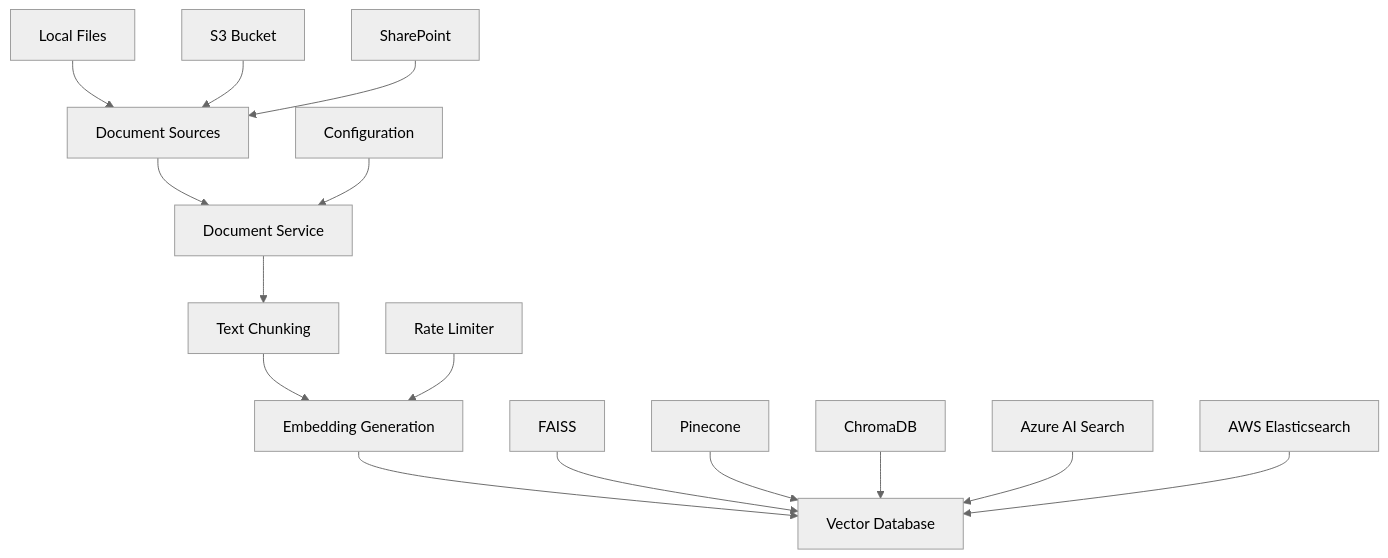
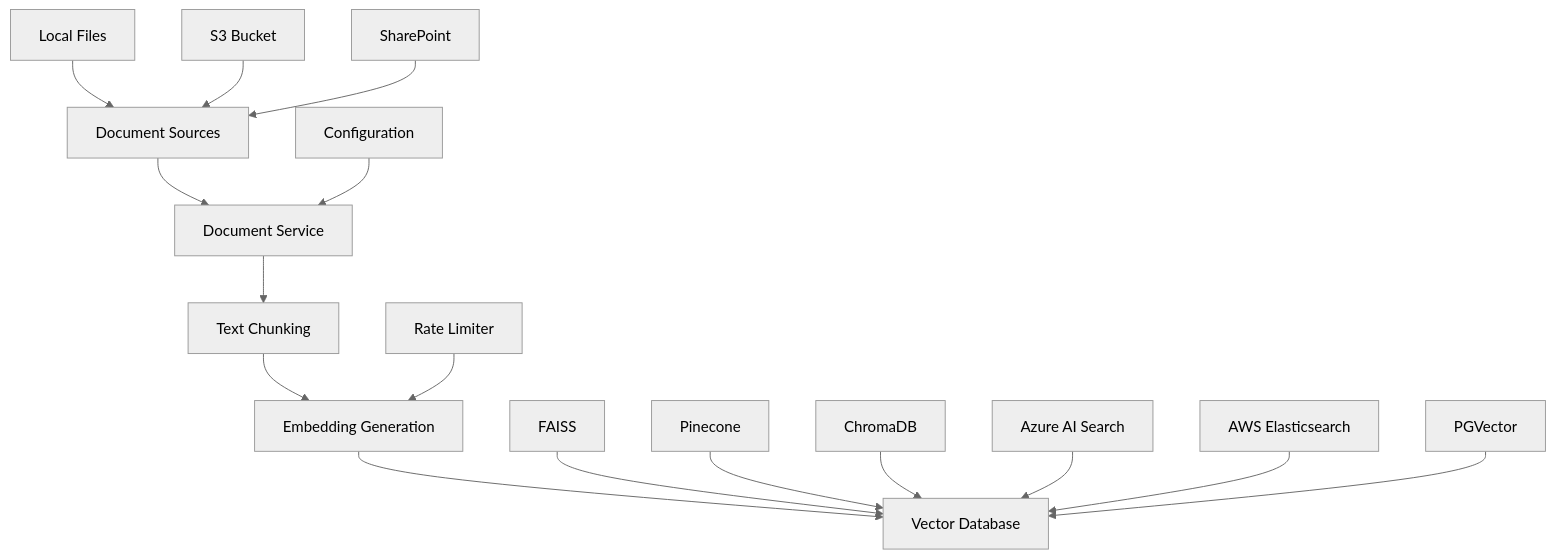
The second of 3 diagrams in README.md (MakerCorn/nbedr), drawn with Mermaid (neutral theme) before and after one commit. The commit also changed other lines of this file and 21 other files, not shown here.

````diff
--- a/README.md
+++ b/README.md
@@ -75,20 +200,21 @@
 ```mermaid
 graph TD
     A[Document Sources] --> B[Document Service]
     B --> C[Text Chunking]
     C --> D[Embedding Generation]
     D --> E[Vector Database]
     
     A1[Local Files] --> A
     A2[S3 Bucket] --> A
     A3[SharePoint] --> A
     
     E1[FAISS] --> E
     E2[Pinecone] --> E
     E3[ChromaDB] --> E
     E4[Azure AI Search] --> E
     E5[AWS Elasticsearch] --> E
+    E6[PGVector] --> E
     
     F[Configuration] --> B
     G[Rate Limiter] --> D
 ```
````
